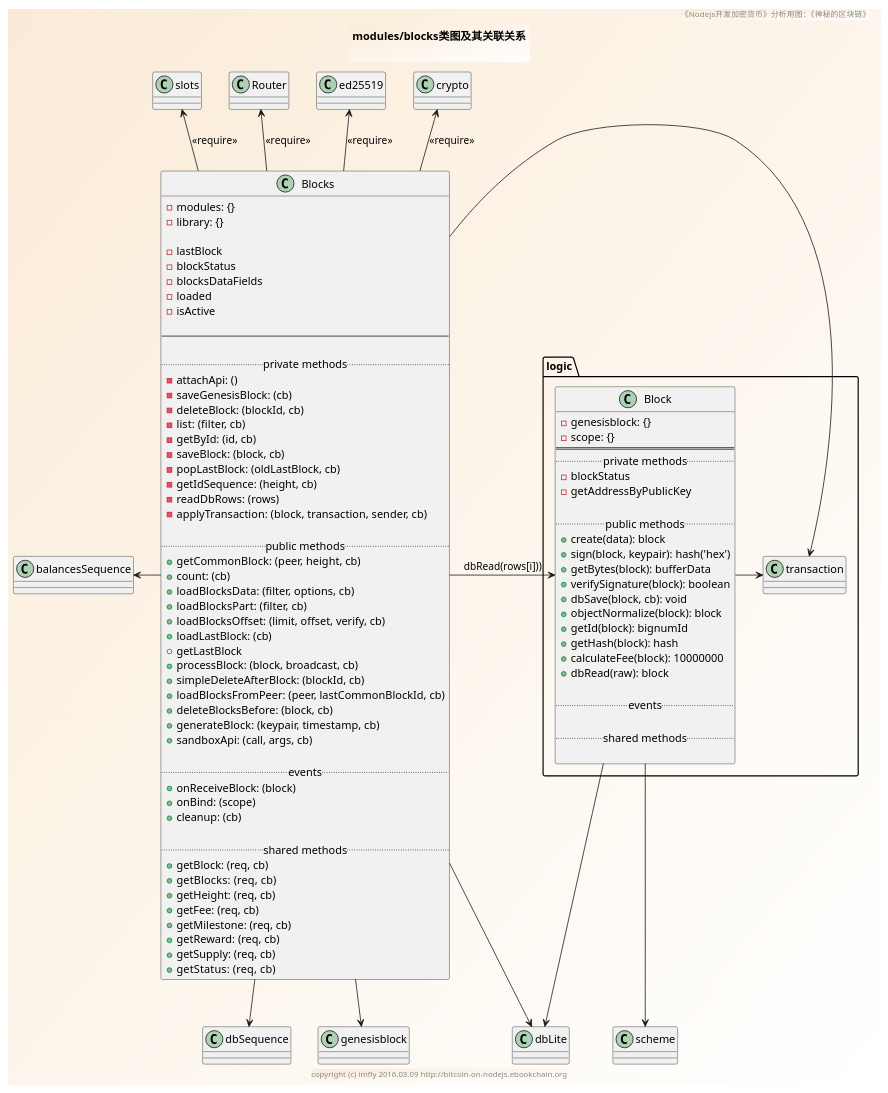
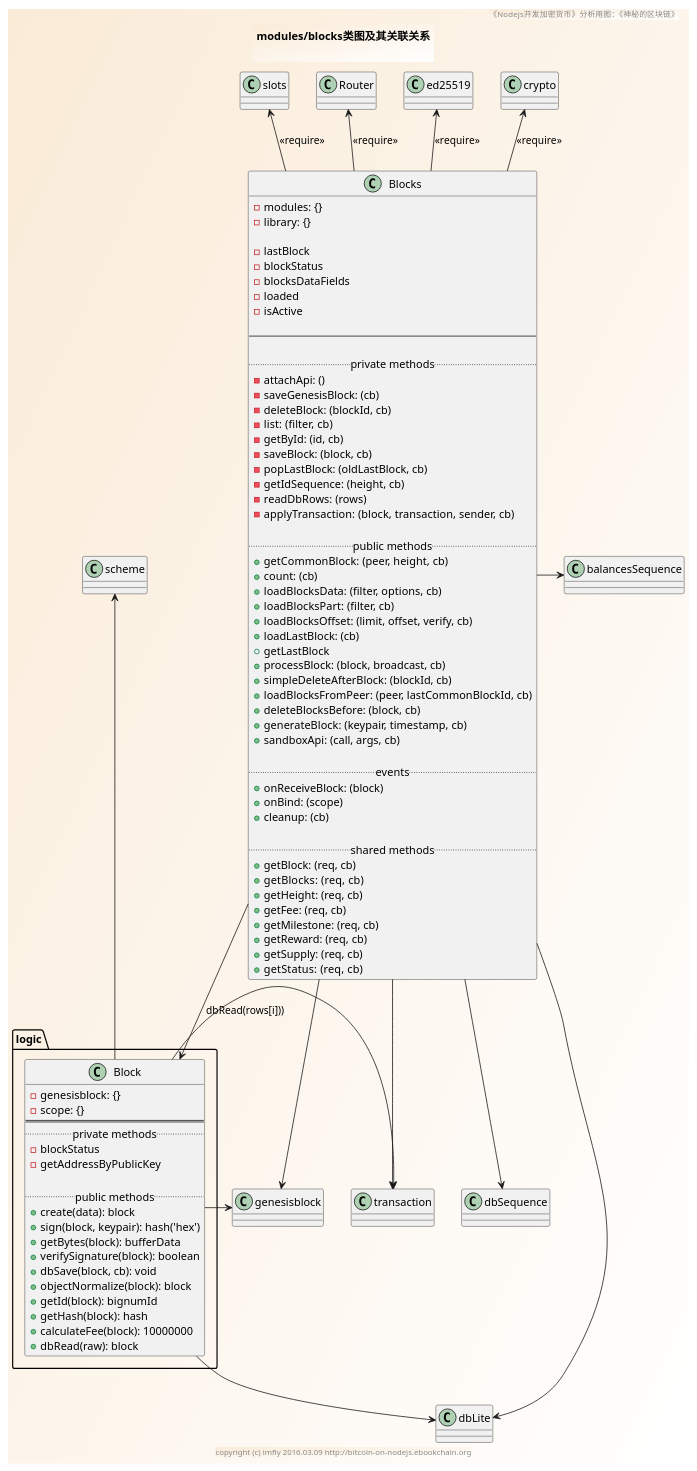
The diagram in sources/modules/blocks/class.pu (brightmanforever022/bitcoin-on-nodejs), drawn with PlantUML before and after one commit. The commit also changed 8 other files, not shown here.

```diff
--- a/sources/modules/blocks/class.pu
+++ b/sources/modules/blocks/class.pu
@@ -1,115 +1,109 @@
 @startuml ../../../styles/images/modules/blocks/blocks-class.png
 skinparam BorderColor #blue\9932CC
 skinparam backgroundcolor AntiqueWhite/white
 
 title
 modules/blocks类图及其关联关系
 
 end title
 footer copyright (c) imfly 2016.03.09 http://bitcoin-on-nodejs.ebookchain.org
 header 《Nodejs开发加密货币》分析用图：《神秘的区块链》
 
 ' logic/block.js
 package logic {
   Class Block {
     - genesisblock: {}
     - scope: {}
     ====
     .. private methods ..
     -blockStatus
     -getAddressByPublicKey
 
     .. public methods ..
     +create(data): block
     +sign(block, keypair): hash('hex')
     +getBytes(block): bufferData
     +verifySignature(block): boolean
     +dbSave(block, cb): void
     +objectNormalize(block): block
     +getId(block): bignumId
     +getHash(block): hash
     +calculateFee(block): 10000000
     +dbRead(raw): block
-
-    .. events ..
-
-    .. shared methods..
-
   }
-
-  ' relationship
-  Block -right-> transaction
 }
 
 ' modules/blocks.js
 Class Blocks {
   - modules: {}
   - library: {}
 
   - lastBlock
   - blockStatus
   - blocksDataFields
   - loaded
   - isActive
 
   --
 
   .. private methods ..
   -attachApi: ()
   -saveGenesisBlock: (cb)
   -deleteBlock: (blockId, cb)
   -list: (filter, cb)
   -getById: (id, cb)
   -saveBlock: (block, cb)
   -popLastBlock: (oldLastBlock, cb)
   -getIdSequence: (height, cb)
   -readDbRows: (rows)
   -applyTransaction: (block, transaction, sender, cb)
 
   .. public methods ..
   +getCommonBlock: (peer, height, cb)
   +count: (cb)
   +loadBlocksData: (filter, options, cb)
   +loadBlocksPart: (filter, cb)
   +loadBlocksOffset: (limit, offset, verify, cb)
   +loadLastBlock: (cb)
   +getLastBlock
   +processBlock: (block, broadcast, cb)
   +simpleDeleteAfterBlock: (blockId, cb)
   +loadBlocksFromPeer: (peer, lastCommonBlockId, cb)
   +deleteBlocksBefore: (block, cb)
   +generateBlock: (keypair, timestamp, cb)
   +sandboxApi: (call, args, cb)
 
   .. events ..
   +onReceiveBlock: (block)
   +onBind: (scope)
   +cleanup: (cb)
 
   .. shared methods..
   +getBlock: (req, cb)
   +getBlocks:  (req, cb)
   +getHeight: (req, cb)
   +getFee: (req, cb)
   +getMilestone: (req, cb)
   +getReward: (req, cb)
   +getSupply: (req, cb)
   +getStatus:  (req, cb)
 }
 
 ' relationship
 Blocks -up-> crypto: <<require>>
 Blocks -up-> ed25519: <<require>>
 Blocks -up-> Router: <<require>>
 Blocks -up-> slots: <<require>>
 
-Blocks -left-> balancesSequence
+Blocks -right-> balancesSequence
 Blocks --> dbSequence
 Blocks -down-> genesisblock
-Blocks -right-> dbLite
-Blocks -right-> Block: dbRead(rows[i]))
-Blocks -right-> transaction
+Blocks -down-> dbLite
+Blocks -left-> Block: dbRead(rows[i]))
+Blocks -down-> transaction
 
-Block --> scheme
+Block -up-> scheme
 Block -down-> dbLite
+Block -left-> genesisblock
+Block -right-> transaction
 @enduml
```
